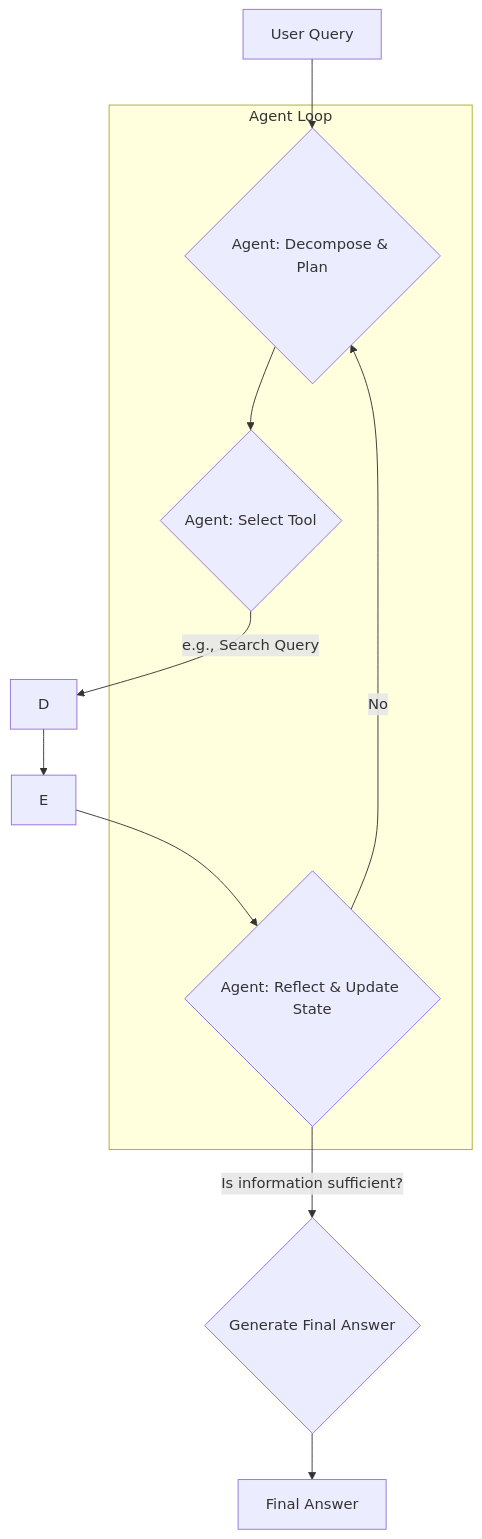
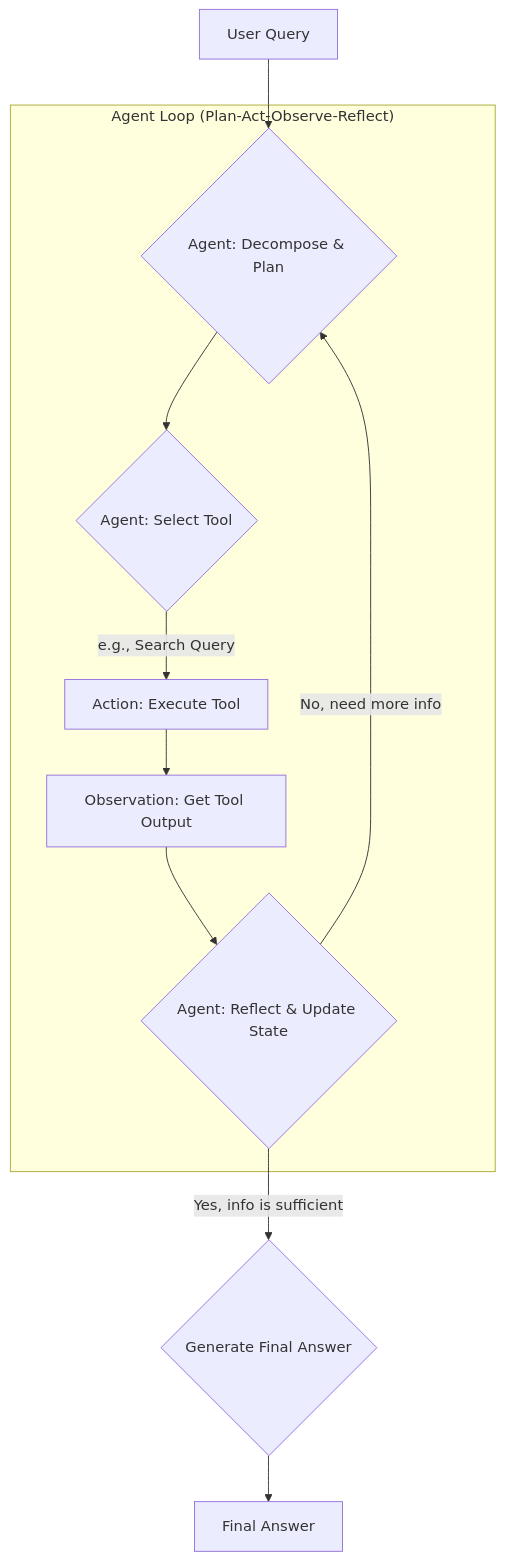
The diagram in 3-agentic-rag-overview.md (lakinduboteju/rag-research), drawn with Mermaid before and after one commit.

Commit message:
Trying to complete Figure 2

````diff
--- a/3-agentic-rag-overview.md
+++ b/3-agentic-rag-overview.md
@@ -24,17 +24,15 @@
 ``` mermaid
 graph TD
     A[User Query] --> B{Agent: Decompose & Plan};
-    B --> C{Agent: Select Tool};
-    C -- e.g., Search Query --> D;
-    D --> E;
-    E --> F{Agent: Reflect & Update State};
-    F -- Is information sufficient? --> G{Generate Final Answer};
-    F -- No --> B;
+    
+    subgraph "Agent Loop (Plan-Act-Observe-Reflect)"
+        B --> C{Agent: Select Tool};
+        C -- e.g., Search Query --> D[Action: Execute Tool];
+        D --> E[Observation: Get Tool Output];
+        E --> F{Agent: Reflect & Update State};
+        F -- No, need more info --> B;
+    end
+
+    F -- Yes, info is sufficient --> G{Generate Final Answer};
     G --> H[Final Answer];
-
-    subgraph Agent Loop
-        B
-        C
-        F
-    end
 ```
````
